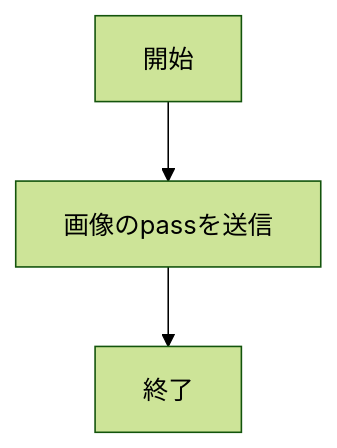
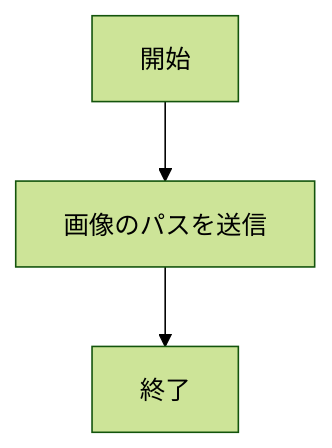
The third of 7 diagrams in README.md (CIT-mihara/webpro_06), drawn with Mermaid (forest theme) before and after one commit. The commit also changed other lines of this file, not shown here.

Commit message:
README.mdを変更

````diff
--- a/README.md
+++ b/README.md
@@ -124,9 +125,9 @@
 ```mermaid
 flowchart TD;
 start["開始"];
 end1["終了"]
-pass["画像のpassを送信"]
+pass["画像のパスを送信"]
 
 start --> pass
 pass --> end1
 ```
````
